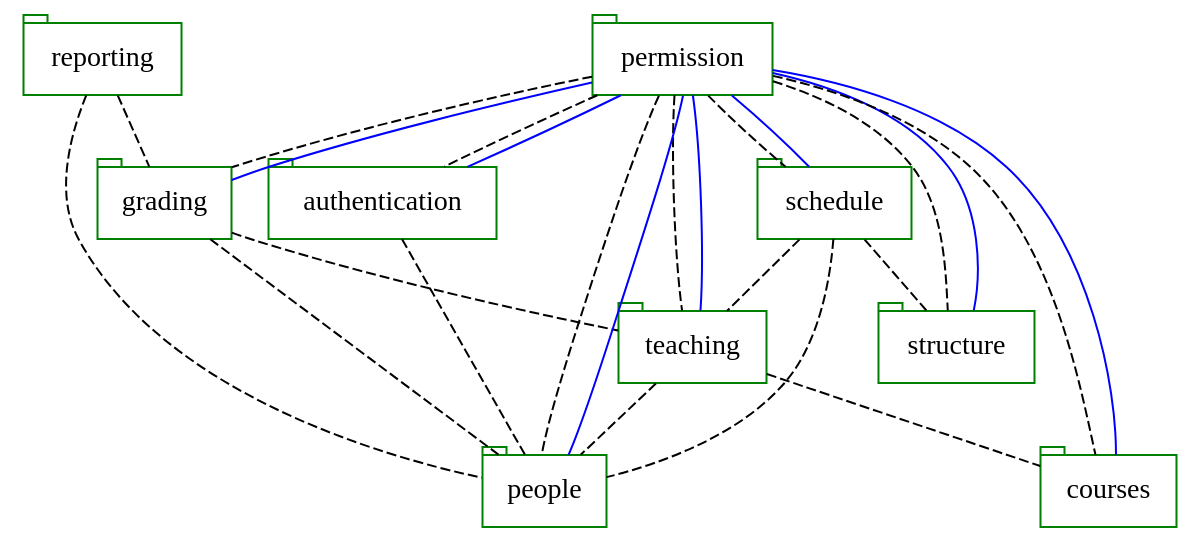
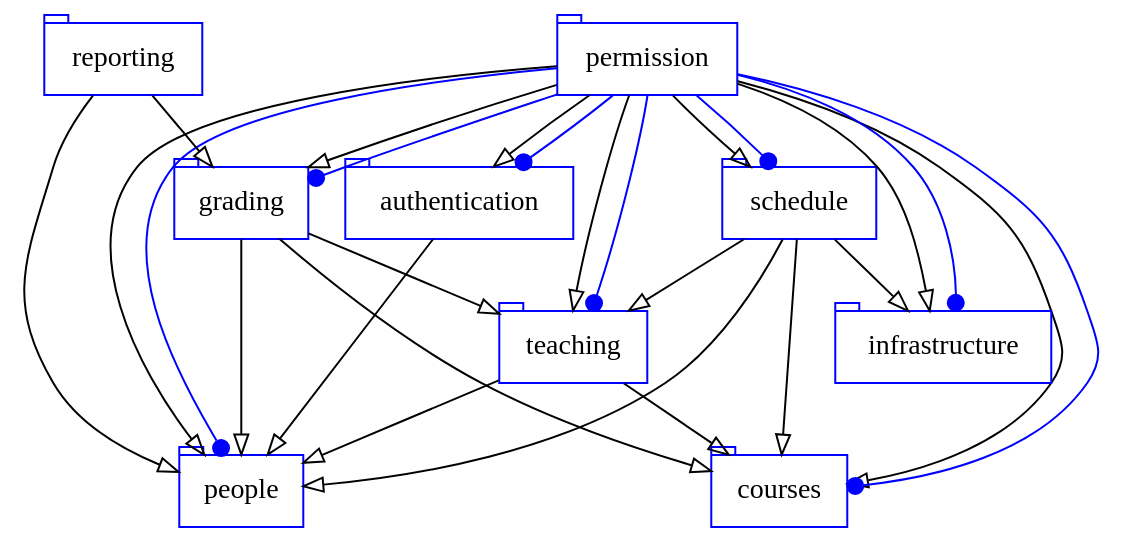
The diagram in aida.dot (arestivo/School-AspectJ-Testbed), drawn with Graphviz before and after one commit. The commit also changed 36 other files, not shown here.

Commit message:
Changed structure to infrastructure Added annotations to test packages so they don't appear in the diagram

```diff
--- a/aida.dot
+++ b/aida.dot
@@ -1,57 +1,69 @@
-graph "druid" {
+digraph "druid" {
   node [ fontname = "Trebuchet", label = "\N"]
   node [ shape = "tab", color = "blue"]
-  node [ color = "green"]
+  node [ color = "blue"]
+    "courses" [label="courses"]
+  node [ color = "blue"]
+    "grading" [label="grading"]
+  node [ color = "blue"]
+    "permission" [label="permission"]
+  node [ color = "blue"]
+    "people" [label="people"]
+  node [ color = "blue"]
     "schedule" [label="schedule"]
   node [ color = "blue"]
-  node [ color = "green"]
-    "structure" [label="structure"]
-  node [ color = "blue"]
-  node [ color = "green"]
-    "courses" [label="courses"]
-  node [ color = "blue"]
-  node [ color = "green"]
     "teaching" [label="teaching"]
   node [ color = "blue"]
-  node [ color = "green"]
     "authentication" [label="authentication"]
   node [ color = "blue"]
-  node [ color = "green"]
-    "grading" [label="grading"]
-  node [ color = "blue"]
-  node [ color = "green"]
-    "permission" [label="permission"]
-  node [ color = "blue"]
-  node [ color = "green"]
     "reporting" [label="reporting"]
   node [ color = "blue"]
-  node [ color = "green"]
-    "people" [label="people"]
-  node [ color = "blue"]
-  edge [ color = "black", arrowhead="empty", style="dashed" ]
-    "schedule" -- "people"
-    "schedule" -- "teaching"
-    "schedule" -- "structure"
-    "teaching" -- "people"
-    "teaching" -- "courses"
-    "authentication" -- "people"
-    "grading" -- "people"
-    "grading" -- "teaching"
-    "permission" -- "authentication"
-    "permission" -- "people"
-    "permission" -- "teaching"
-    "permission" -- "grading"
-    "permission" -- "structure"
-    "permission" -- "schedule"
-    "permission" -- "courses"
-    "reporting" -- "people"
-    "reporting" -- "grading"
+    "infrastructure" [label="infrastructure"]
+  edge [ color = "black", arrowhead="empty" ]
+  edge [ style="solid" ]
+    "grading" -> "people"
+  edge [ style="solid" ]
+    "grading" -> "teaching"
+  edge [ style="solid" ]
+    "grading" -> "courses"
+  edge [ style="solid" ]
+    "permission" -> "infrastructure"
+  edge [ style="solid" ]
+    "permission" -> "people"
+  edge [ style="solid" ]
+    "permission" -> "teaching"
+  edge [ style="solid" ]
+    "permission" -> "schedule"
+  edge [ style="solid" ]
+    "permission" -> "courses"
+  edge [ style="solid" ]
+    "permission" -> "authentication"
+  edge [ style="solid" ]
+    "permission" -> "grading"
+  edge [ style="solid" ]
+    "schedule" -> "infrastructure"
+  edge [ style="solid" ]
+    "schedule" -> "people"
+  edge [ style="solid" ]
+    "schedule" -> "teaching"
+  edge [ style="solid" ]
+    "schedule" -> "courses"
+  edge [ style="solid" ]
+    "teaching" -> "people"
+  edge [ style="solid" ]
+    "teaching" -> "courses"
+  edge [ style="solid" ]
+    "authentication" -> "people"
+  edge [ style="solid" ]
+    "reporting" -> "people"
+  edge [ style="solid" ]
+    "reporting" -> "grading"
   edge [ color = "blue", arrowhead="dot", style="solid" ]
-    "permission" -- "grading"
-    "permission" -- "authentication"
-    "permission" -- "structure"
-    "permission" -- "courses"
-    "permission" -- "teaching"
-    "permission" -- "people"
-    "permission" -- "schedule"
+    "permission" -> "grading"
+    "permission" -> "authentication"
+    "permission" -> "courses"
+    "permission" -> "infrastructure"
+    "permission" -> "teaching"
+    "permission" -> "people"
+    "permission" -> "schedule"
 }
```
